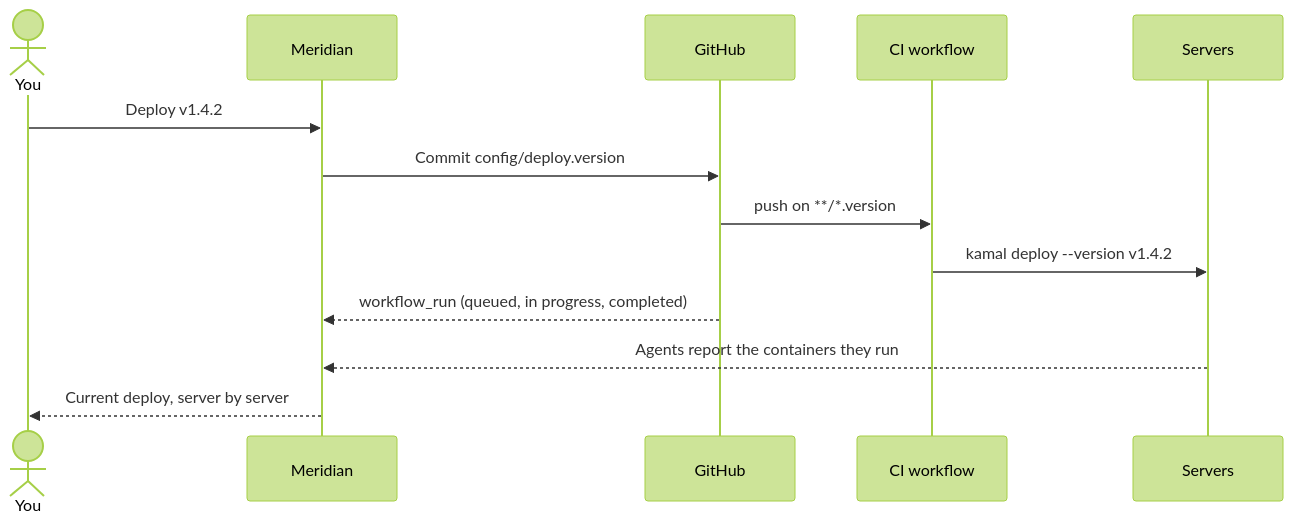
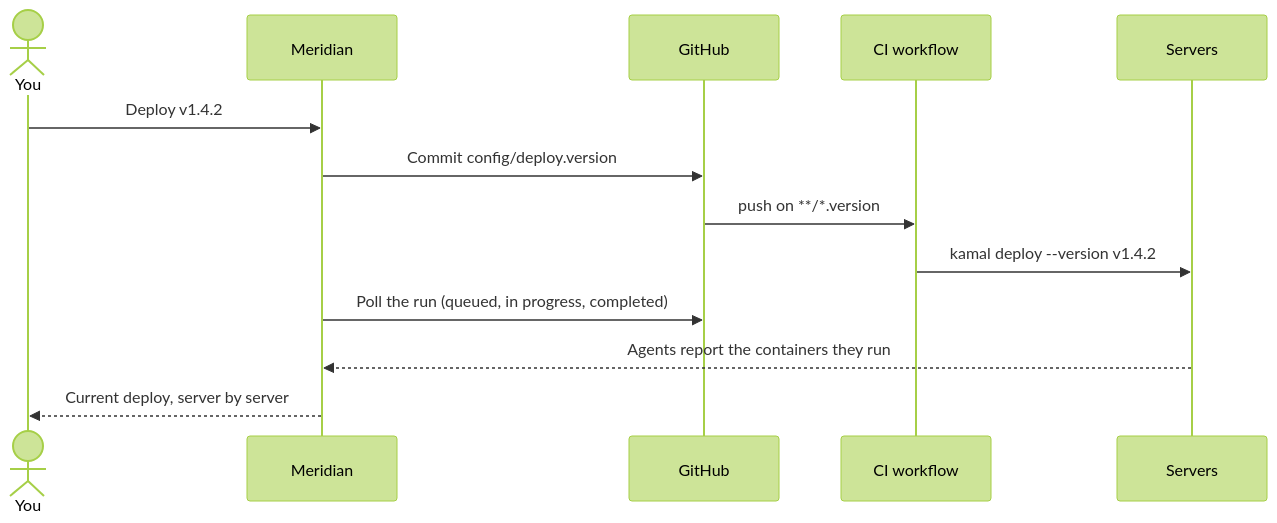
The diagram in docs/guides/deploy.mdx (bigint/meridian), drawn with Mermaid (forest theme) before and after one commit. The commit also changed other lines of this file and 17 other files, not shown here.

````diff
--- a/docs/guides/deploy.mdx
+++ b/docs/guides/deploy.mdx
@@ -10,15 +10,15 @@
 ```mermaid
 sequenceDiagram
   actor You
   participant M as Meridian
   participant G as GitHub
   participant CI as CI workflow
   participant S as Servers
   You->>M: Deploy v1.4.2
   M->>G: Commit config/deploy.version
   G->>CI: push on **/*.version
   CI->>S: kamal deploy --version v1.4.2
-  G-->>M: workflow_run (queued, in progress, completed)
+  M->>G: Poll the run (queued, in progress, completed)
   S-->>M: Agents report the containers they run
   M-->>You: Current deploy, server by server
 ```
````
